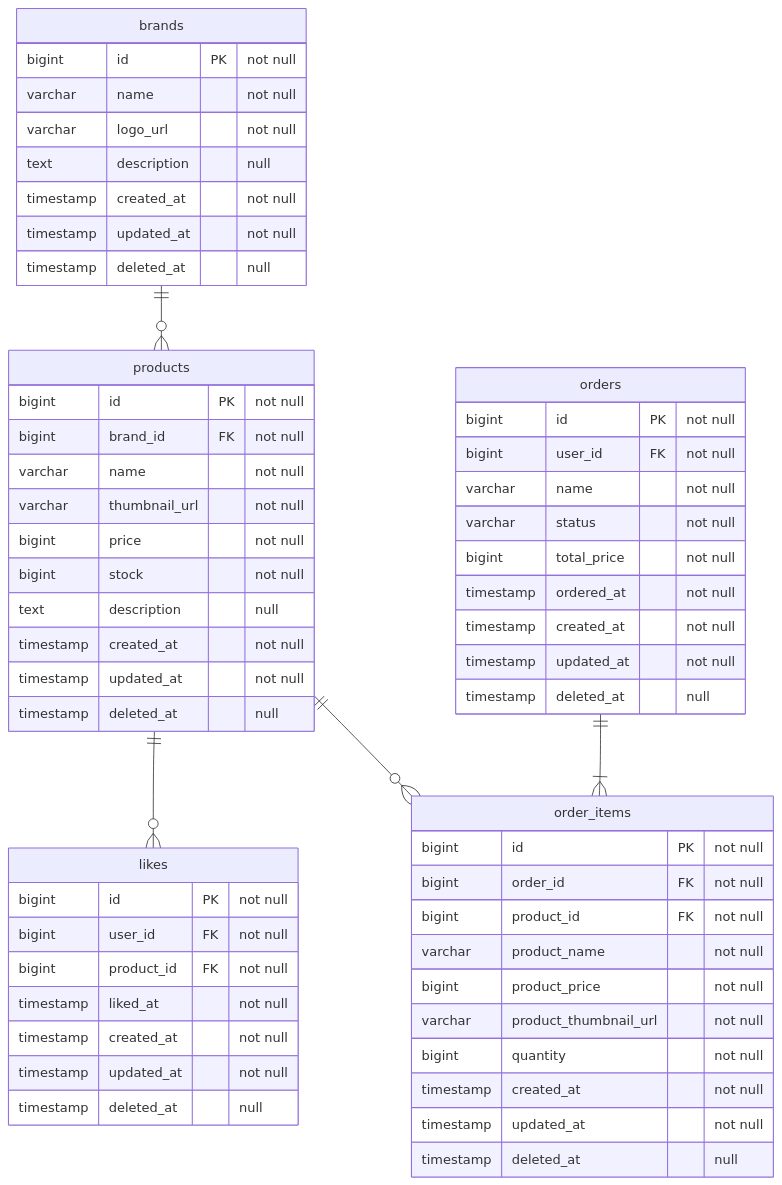
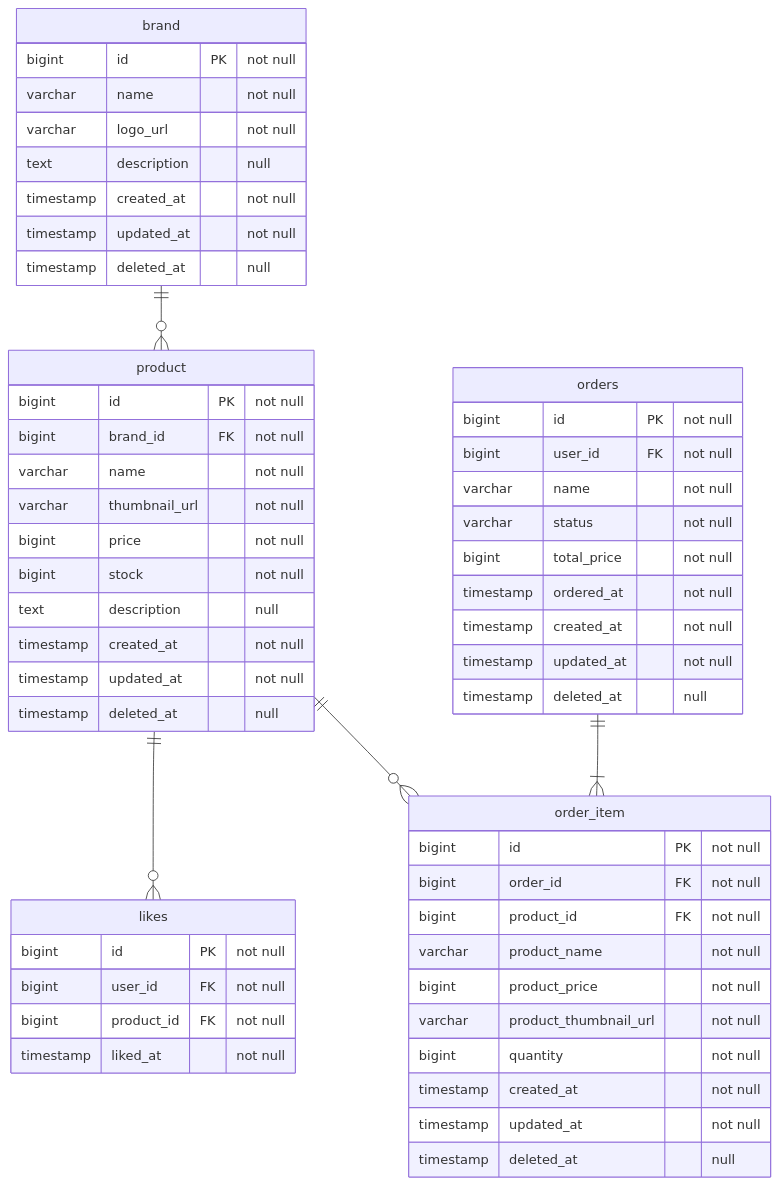
One commit to Loopers-dev-lab/loop-pack-be-l2-vol3-java changed the diagram in .docs/design/04-erd.md. Above: the diagram before and after it, drawn with Mermaid. The commit also changed other lines of this file and 17 other files, not shown here.

````diff
--- a/.docs/design/04-erd.md
+++ b/.docs/design/04-erd.md
@@ -20,65 +20,62 @@
 ```mermaid
 erDiagram
-    products {
+    product {
         bigint id PK "not null"
         bigint brand_id FK "not null"
         varchar name "not null"
         varchar thumbnail_url "not null"
         bigint price "not null"
         bigint stock "not null"
         text description "null"
         timestamp created_at "not null"
         timestamp updated_at "not null"
         timestamp deleted_at "null"
     }
     
-    brands {
+    brand {
         bigint id PK "not null"
         varchar name "not null"
         varchar logo_url "not null"
         text description "null"
         timestamp created_at "not null"
         timestamp updated_at "not null"
         timestamp deleted_at "null"
     }
     
     likes {
         bigint id PK "not null"
         bigint user_id FK "not null"
         bigint product_id FK "not null"
         timestamp liked_at "not null"
-        timestamp created_at "not null"
-        timestamp updated_at "not null"
-        timestamp deleted_at "null"
     }
     
     orders {
         bigint id PK "not null"
         bigint user_id FK "not null"
         varchar name "not null"
         varchar status "not null"
         bigint total_price "not null"
         timestamp ordered_at "not null"
         timestamp created_at "not null"
         timestamp updated_at "not null"
         timestamp deleted_at "null"
     }
     
-    order_items {
+    order_item {
         bigint id PK "not null"
         bigint order_id FK "not null"
         bigint product_id FK "not null"
         varchar product_name "not null"
         bigint product_price "not null"
         varchar product_thumbnail_url "not null"
         bigint quantity "not null"
         timestamp created_at "not null"
         timestamp updated_at "not null"
         timestamp deleted_at "null"
     }
     
-    brands ||--o{ products: ""
-    products ||--o{ likes: ""
-    products ||--o{ order_items: ""
-    orders ||--|{ order_items: ""
+    brand ||--o{ product: ""
+    product ||--o{ likes: ""
+    product ||--o{ order_item: ""
+    orders ||--|{ order_item: ""
 ```
````
